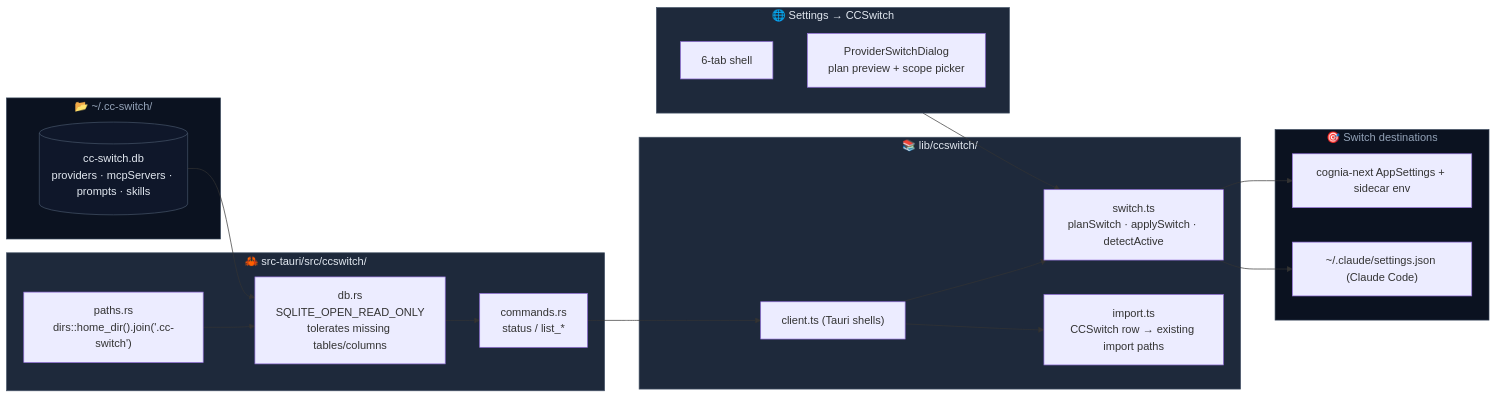
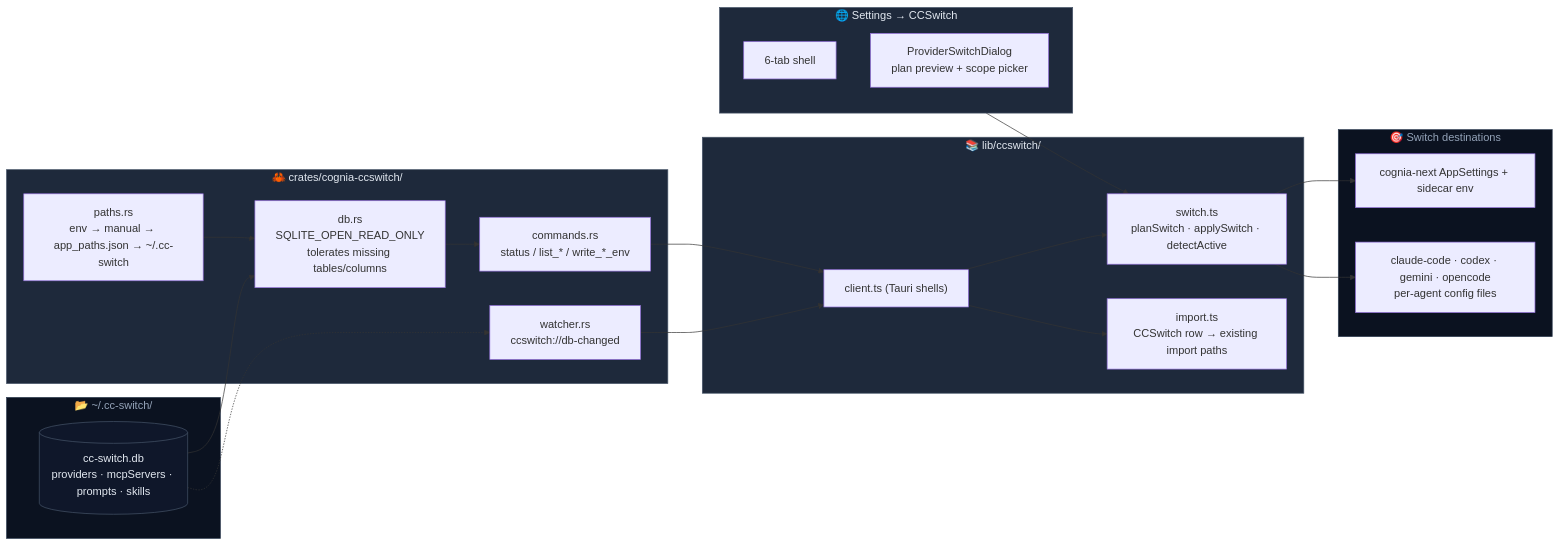
One commit to MaxQian888/cognia-next changed the diagram in docs/content/docs/en/chat/ccswitch.mdx. Above: the diagram before and after it, drawn with Mermaid. The commit also changed other lines of this file and 9 other files, not shown here.

Commit message:
chore(deps): bump @opencode/client to 2.0.5 and follow its v2 API

````diff
--- a/docs/content/docs/en/chat/ccswitch.mdx
+++ b/docs/content/docs/en/chat/ccswitch.mdx
@@ -51,45 +56,48 @@
 ```mermaid
 flowchart LR
   subgraph CC["📂 ~/.cc-switch/"]
     DB[("cc-switch.db<br/>providers · mcpServers · prompts · skills")]
   end
 
-  subgraph Rust["🦀 src-tauri/src/ccswitch/"]
-    Paths["paths.rs<br/>dirs::home_dir().join('.cc-switch')"]
+  subgraph Rust["🦀 crates/cognia-ccswitch/"]
+    Paths["paths.rs<br/>env → manual → app_paths.json → ~/.cc-switch"]
     Tolerant["db.rs<br/>SQLITE_OPEN_READ_ONLY<br/>tolerates missing tables/columns"]
-    Cmds["commands.rs<br/>status / list_*"]
+    Cmds["commands.rs<br/>status / list_* / write_*_env"]
+    Watch["watcher.rs<br/>ccswitch://db-changed"]
   end
 
   subgraph TS["📚 lib/ccswitch/"]
     Client["client.ts (Tauri shells)"]
     Switch["switch.ts<br/>planSwitch · applySwitch · detectActive"]
     Import["import.ts<br/>CCSwitch row → existing import paths"]
   end
 
   subgraph UI["🌐 Settings → CCSwitch"]
     Section["6-tab shell"]
     Dialog["ProviderSwitchDialog<br/>plan preview + scope picker"]
   end
 
   subgraph Targets["🎯 Switch destinations"]
     Cognia["cognia-next AppSettings + sidecar env"]
-    ClaudeCode["~/.claude/settings.json (Claude Code)"]
+    Agents["claude-code · codex · gemini · opencode<br/>per-agent config files"]
   end
 
   DB --> Tolerant
   Paths --> Tolerant
   Tolerant --> Cmds
+  DB -.-> Watch
   Cmds --> Client
+  Watch --> Client
   Client --> Switch
   Client --> Import
   Switch --> Cognia
-  Switch --> ClaudeCode
+  Switch --> Agents
   UI --> Switch
 
   classDef layer fill:#1e293b,stroke:#475569,color:#e2e8f0
   classDef storage fill:#0f172a,stroke:#475569,color:#e2e8f0
   classDef ext fill:#0b1220,stroke:#334155,color:#94a3b8
   class Rust,TS,UI layer
   class DB storage
   class CC,Targets ext
 ```
````
